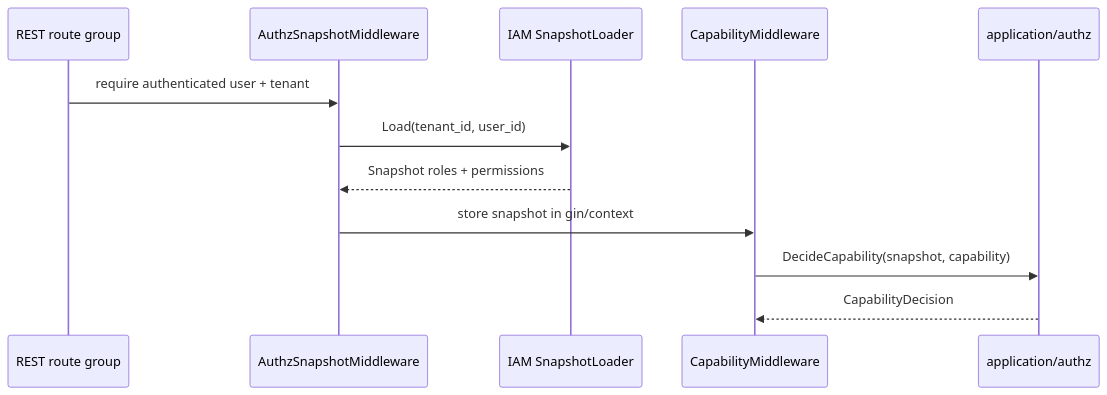
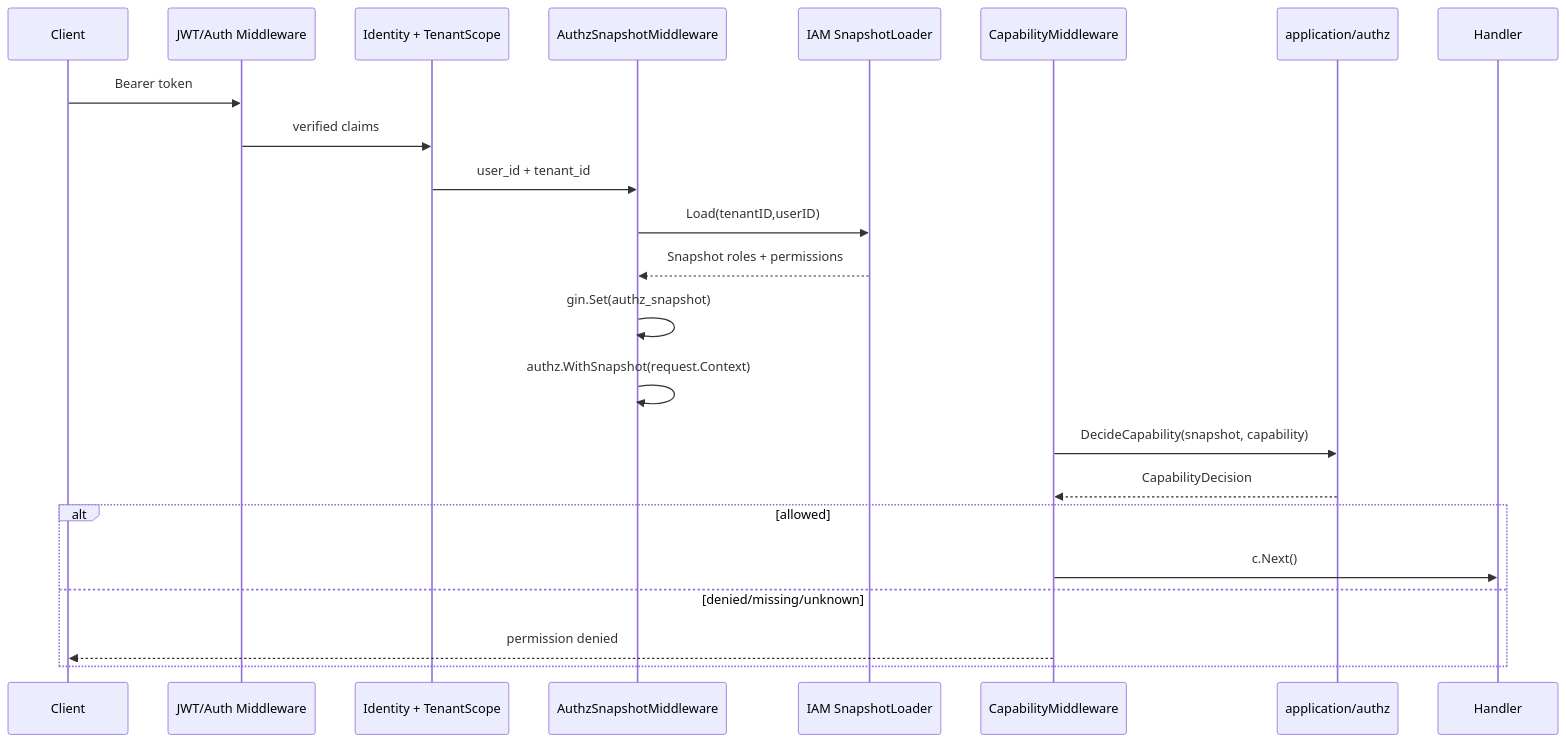
Before and after one commit to FangcunMount/qs-server: the diagram in docs/03-基础设施/security/02-AuthzSnapshot与CapabilityDecision.md, drawn with Mermaid. The commit also changed other lines of this file and 6 other files, not shown here.

````diff
--- a/docs/03-基础设施/security/02-AuthzSnapshot与CapabilityDecision.md
+++ b/docs/03-基础设施/security/02-AuthzSnapshot与CapabilityDecision.md
@@ -17,15 +53,26 @@
 ```mermaid
 sequenceDiagram
-    participant R as REST route group
-    participant M as AuthzSnapshotMiddleware
+    participant C as Client
+    participant JWT as JWT/Auth Middleware
+    participant Scope as Identity + TenantScope
+    participant MW as AuthzSnapshotMiddleware
     participant IAM as IAM SnapshotLoader
-    participant C as CapabilityMiddleware
-    participant A as application/authz
+    participant Cap as CapabilityMiddleware
+    participant Authz as application/authz
+    participant H as Handler
 
-    R->>M: require authenticated user + tenant
-    M->>IAM: Load(tenant_id, user_id)
-    IAM-->>M: Snapshot roles + permissions
-    M->>C: store snapshot in gin/context
-    C->>A: DecideCapability(snapshot, capability)
-    A-->>C: CapabilityDecision
+    C->>JWT: Bearer token
+    JWT->>Scope: verified claims
+    Scope->>MW: user_id + tenant_id
+    MW->>IAM: Load(tenantID,userID)
+    IAM-->>MW: Snapshot roles + permissions
+    MW->>MW: gin.Set(authz_snapshot)
+    MW->>MW: authz.WithSnapshot(request.Context)
+    Cap->>Authz: DecideCapability(snapshot, capability)
+    Authz-->>Cap: CapabilityDecision
+    alt allowed
+        Cap->>H: c.Next()
+    else denied/missing/unknown
+        Cap-->>C: permission denied
+    end
 ```
````
